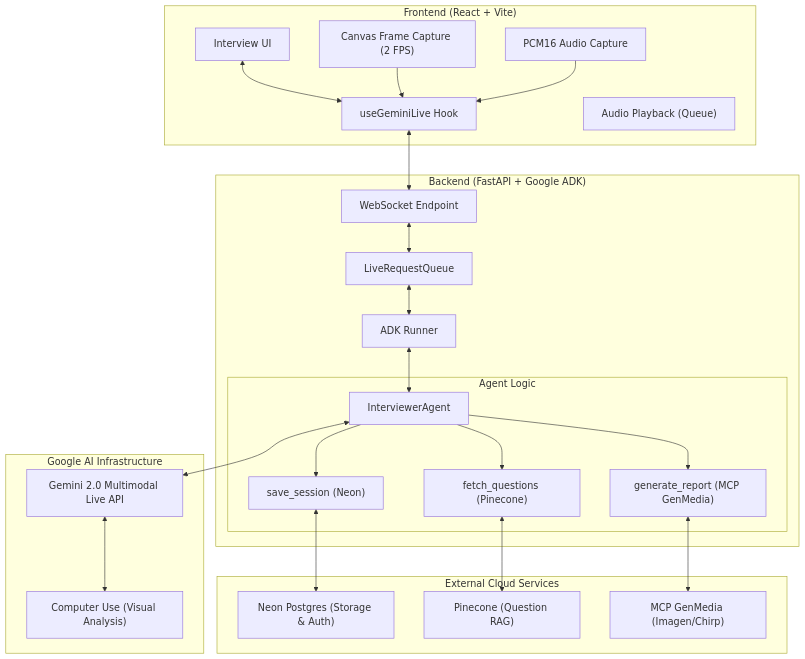
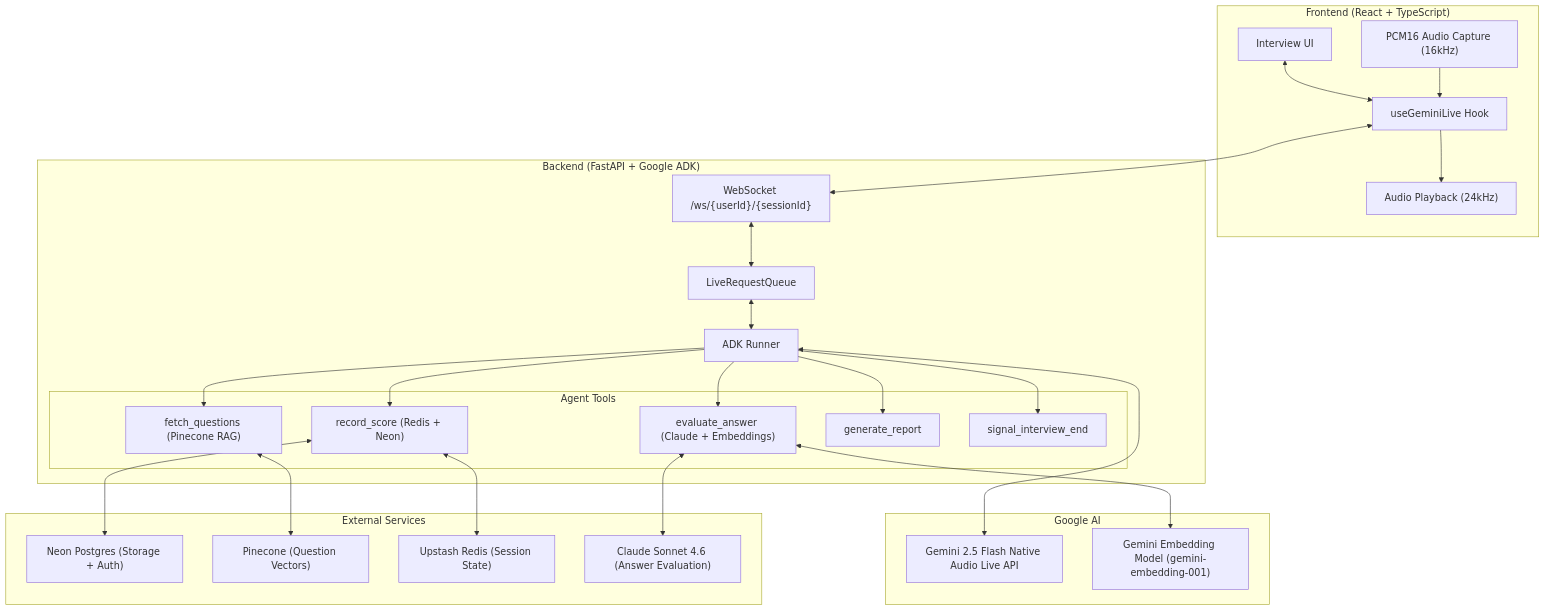
The diagram in README.md (CoderRahul01/roundZero), drawn with Mermaid before and after one commit. The commit also changed other lines of this file, not shown here.

Commit message:
refactor: Update README to reflect the new architecture using Gemini 2.5 Flash Native Audio API, Claude Sonnet 4.6, Gemini Embeddings, and detailed setup/deployment instructions.

````diff
--- a/README.md
+++ b/README.md
@@ -24,51 +9,49 @@
 ```mermaid
 graph TB
-    subgraph "Frontend (React + Vite)"
+    subgraph "Frontend (React + TypeScript)"
         UI["Interview UI"]
         GL["useGeminiLive Hook"]
-        VC["Canvas Frame Capture (2 FPS)"]
-        AC["PCM16 Audio Capture"]
-        AP["Audio Playback (Queue)"]
+        AC["PCM16 Audio Capture (16kHz)"]
+        AP["Audio Playback (24kHz)"]
     end
 
     subgraph "Backend (FastAPI + Google ADK)"
-        WS["WebSocket Endpoint"]
+        WS["WebSocket /ws/{userId}/{sessionId}"]
         LRQ["LiveRequestQueue"]
         RUN["ADK Runner"]
 
-        subgraph "Agent Logic"
-            A["InterviewerAgent"]
-            T1["fetch_questions (Pinecone)"]
-            T2["save_session (Neon)"]
-            T3["generate_report (MCP GenMedia)"]
+        subgraph "Agent Tools"
+            T1["fetch_questions (Pinecone RAG)"]
+            T2["evaluate_answer (Claude + Embeddings)"]
+            T3["record_score (Redis + Neon)"]
+            T4["generate_report"]
+            T5["signal_interview_end"]
         end
     end
 
-    subgraph "Google AI Infrastructure"
-        MLP["Gemini 2.0 Multimodal Live API"]
-        CU["Computer Use (Visual Analysis)"]
+    subgraph "Google AI"
+        GLP["Gemini 2.5 Flash Native Audio Live API"]
+        GE["Gemini Embedding Model (gemini-embedding-001)"]
     end
 
-    subgraph "External Cloud Services"
-        NEON["Neon Postgres (Storage & Auth)"]
-        PIN["Pinecone (Question RAG)"]
-        MCP["MCP GenMedia (Imagen/Chirp)"]
+    subgraph "External Services"
+        NEON["Neon Postgres (Storage + Auth)"]
+        PIN["Pinecone (Question Vectors)"]
+        REDIS["Upstash Redis (Session State)"]
+        CLAUDE["Claude Sonnet 4.6 (Answer Evaluation)"]
     end
 
-    %% Flow
     UI <--> GL
-    VC --> GL
     AC --> GL
+    GL --> AP
     GL <--> WS
     WS <--> LRQ
     LRQ <--> RUN
-    RUN <--> A
-    A <--> MLP
-    MLP <--> CU
-    A --> T1
-    A --> T2
-    A --> T3
+    RUN <--> GLP
+    RUN --> T1 & T2 & T3 & T4 & T5
     T1 <--> PIN
-    T2 <--> NEON
-    T3 <--> MCP
+    T2 <--> CLAUDE
+    T2 <--> GE
+    T3 <--> REDIS
+    T3 <--> NEON
 ```
````
